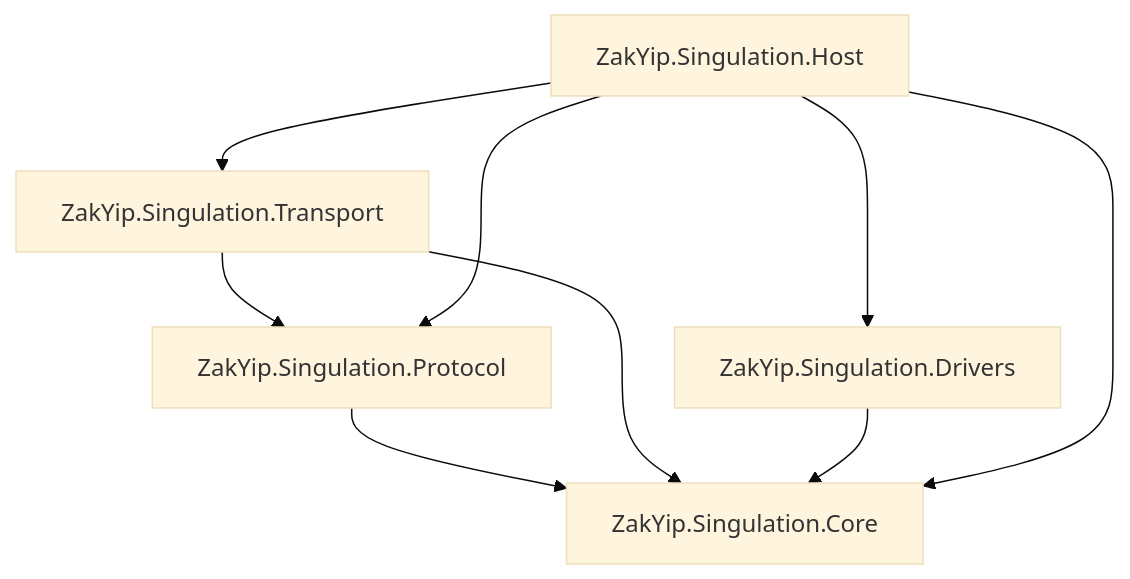
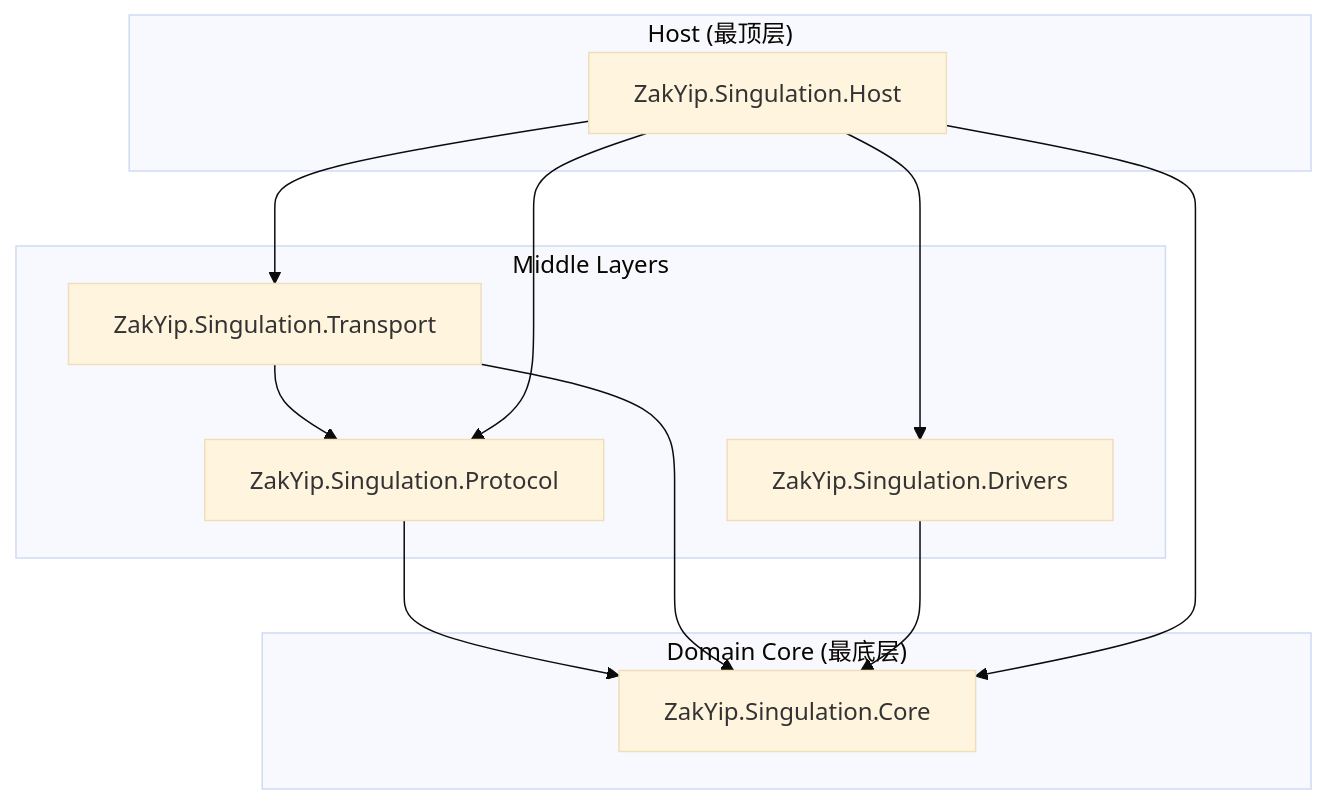
Before and after one commit to Hisoka6602/ZakYip.Singulation: the diagram in README.md, drawn with Mermaid (base theme).

````diff
--- a/README.md
+++ b/README.md
@@ -57,19 +57,29 @@
 ```mermaid
 graph TD
-    Core["ZakYip.Singulation.Core"]
 
-    Protocol["ZakYip.Singulation.Protocol"]
-    Transport["ZakYip.Singulation.Transport"]
-    Drivers["ZakYip.Singulation.Drivers"]
-    Host["ZakYip.Singulation.Host"]
+    subgraph Layer0["Domain Core (最底层)"]
+        Core["ZakYip.Singulation.Core"]
+    end
 
+    subgraph Layer1["Middle Layers"]
+        Protocol["ZakYip.Singulation.Protocol"]
+        Transport["ZakYip.Singulation.Transport"]
+        Drivers["ZakYip.Singulation.Drivers"]
+    end
+
+    subgraph Layer2["Host (最顶层)"]
+        Host["ZakYip.Singulation.Host"]
+    end
+
+    %% 依赖关系
     Protocol --> Core
     Transport --> Core
     Transport --> Protocol
     Drivers --> Core
     Host --> Core
     Host --> Protocol
     Host --> Transport
     Host --> Drivers
 
+
 ```
````
